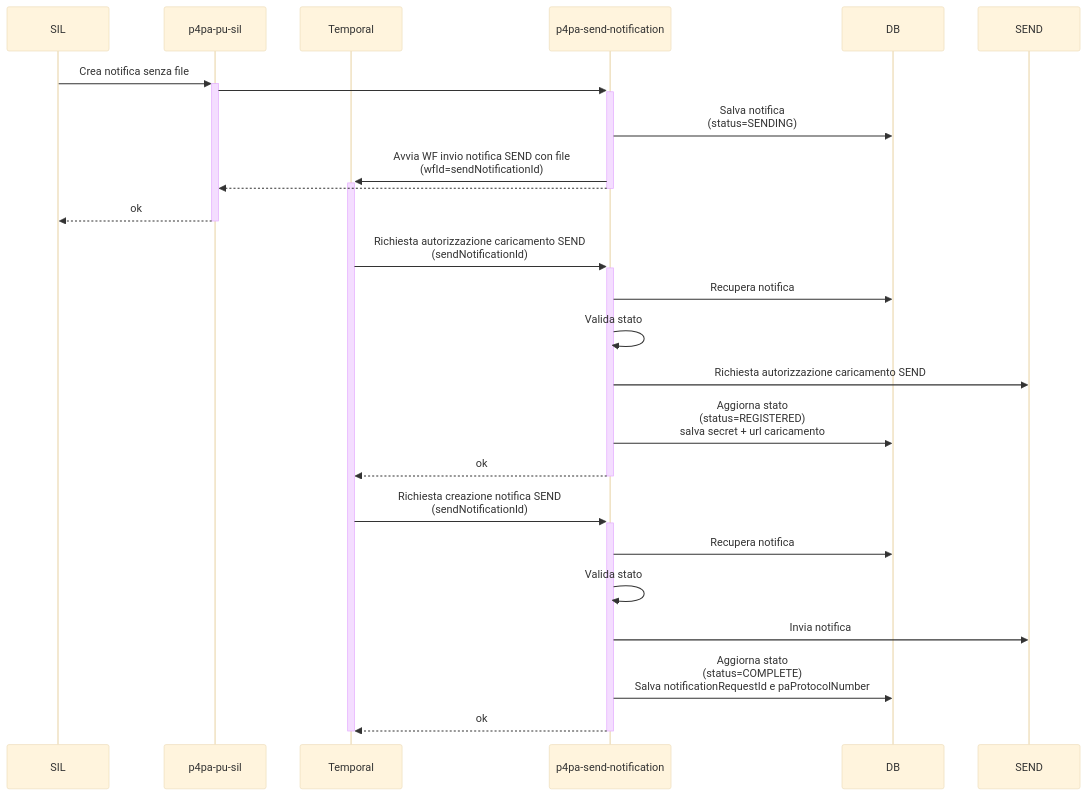
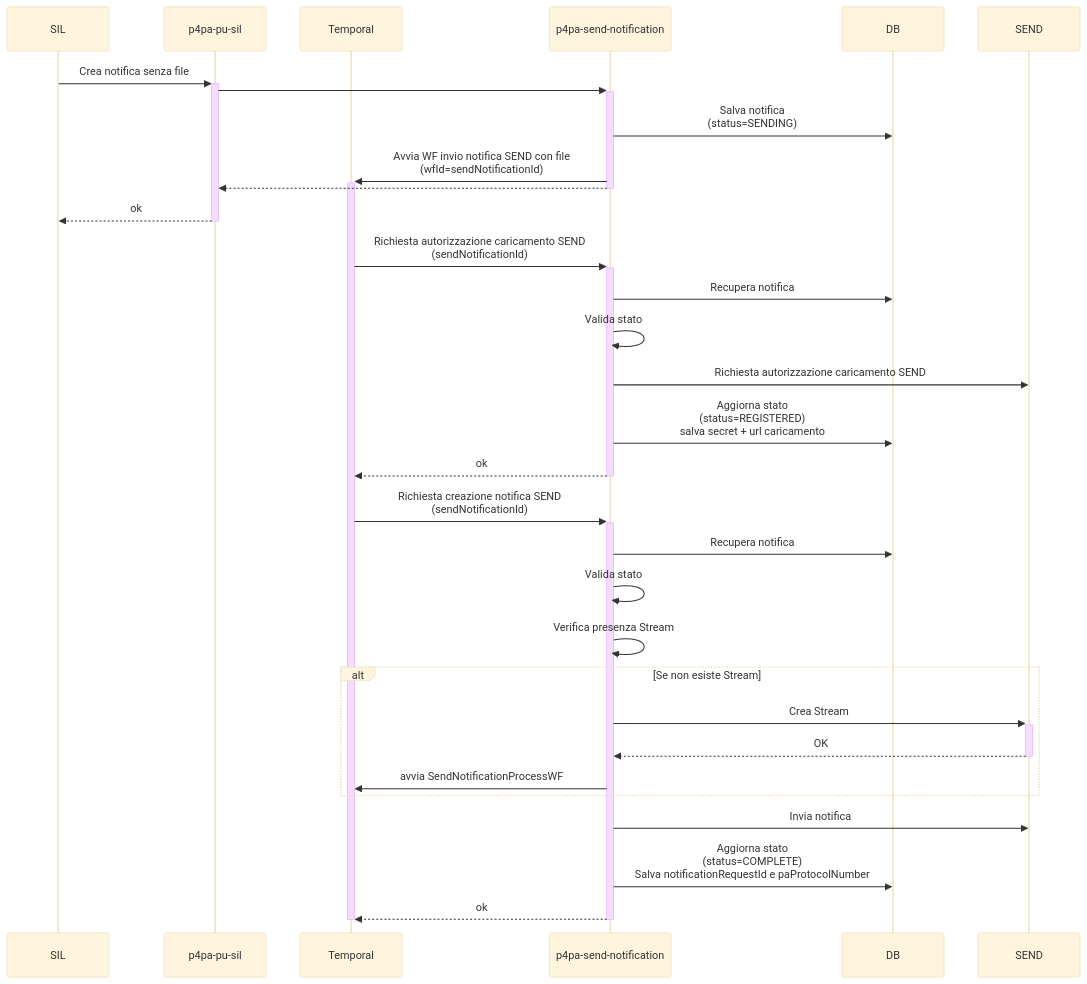
The diagram in design/send/sequence_createNotificationWithoutFile.mmd (pagopa/p4pa-doc), drawn with Mermaid (base theme) before and after one commit. The commit also changed 3 other files, not shown here.

First line of the commit message:
feat: P4ADEV-3720-change-send-sequence-diagram (#36)

```diff
--- a/design/send/sequence_createNotificationWithoutFile.mmd
+++ b/design/send/sequence_createNotificationWithoutFile.mmd
@@ -1,30 +1,36 @@
 sequenceDiagram
     participant SIL
     participant MS_SIL as p4pa-pu-sil
     participant WF as Temporal
     participant MS_SEND as p4pa-send-notification
     participant DB
     participant SEND_PAGOPA as SEND
 
     SIL ->>+ MS_SIL: Crea notifica senza file
-        MS_SIL ->>+ MS_SEND: #
+        MS_SIL ->>+ MS_SEND:
             MS_SEND ->> DB: Salva notifica <BR />(status=SENDING)
             MS_SEND ->>+ WF: Avvia WF invio notifica SEND con file<BR />(wfId=sendNotificationId)
-        MS_SEND -->>- MS_SIL: #
+        MS_SEND -->>- MS_SIL:
     MS_SIL -->>- SIL: ok
 
     WF ->>+ MS_SEND: Richiesta autorizzazione caricamento SEND<BR />(sendNotificationId)
         MS_SEND ->> DB: Recupera notifica
         MS_SEND ->> MS_SEND: Valida stato
         MS_SEND ->> SEND_PAGOPA: Richiesta autorizzazione caricamento SEND
         MS_SEND ->> DB: Aggiorna stato<BR />(status=REGISTERED)<BR />salva secret + url caricamento
         MS_SEND -->>- WF: ok
 
     WF ->>+ MS_SEND: Richiesta creazione notifica SEND<BR />(sendNotificationId)
         MS_SEND ->> DB: Recupera notifica
         MS_SEND ->> MS_SEND: Valida stato
+        MS_SEND ->> MS_SEND: Verifica presenza Stream
+        alt Se non esiste Stream
+            MS_SEND ->>+ SEND_PAGOPA: Crea Stream
+            SEND_PAGOPA -->>- MS_SEND: OK
+            MS_SEND ->> WF: avvia SendNotificationProcessWF
+        end
         MS_SEND ->> SEND_PAGOPA: Invia notifica
         MS_SEND ->> DB: Aggiorna stato<BR />(status=COMPLETE)<BR />Salva notificationRequestId e paProtocolNumber
         MS_SEND -->>- WF: ok
 
     deactivate WF
```
